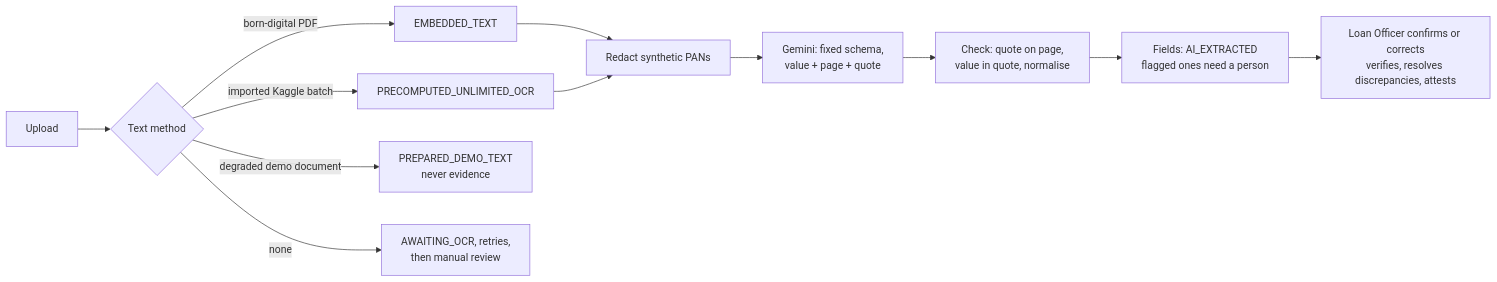
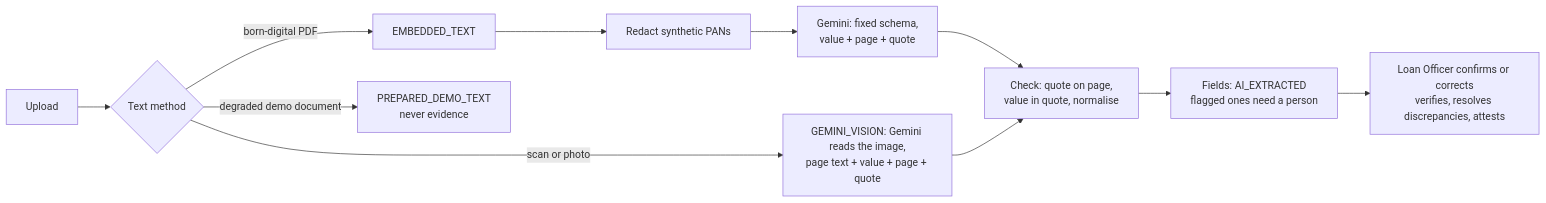
The third of 5 diagrams in docs/ARCHITECTURE.md (fbivinay/BOB-Agentic-Loan-Approval-Demo), drawn with Mermaid before and after one commit. The commit also changed other lines of this file and 23 other files, not shown here.

First line of the commit message:
Remove Kaggle and Unlimited-OCR: documents are read from the PDF text layer or by Gemini

````diff
--- a/docs/ARCHITECTURE.md
+++ b/docs/ARCHITECTURE.md
@@ -70,12 +68,11 @@
 ```mermaid
 flowchart LR
   U[Upload] --> T{Text method}
   T -->|born-digital PDF| E[EMBEDDED_TEXT]
-  T -->|imported Kaggle batch| P[PRECOMPUTED_UNLIMITED_OCR]
   T -->|degraded demo document| D[PREPARED_DEMO_TEXT<br/>never evidence]
-  T -->|none| W[AWAITING_OCR, retries,<br/>then manual review]
-  E & P --> R[Redact synthetic PANs] --> G[Gemini: fixed schema,<br/>value + page + quote]
-  G --> C[Check: quote on page,<br/>value in quote, normalise]
+  T -->|scan or photo| V[GEMINI_VISION: Gemini reads the image,<br/>page text + value + page + quote]
+  E --> R[Redact synthetic PANs] --> G[Gemini: fixed schema,<br/>value + page + quote]
+  G & V --> C[Check: quote on page,<br/>value in quote, normalise]
   C --> F[Fields: AI_EXTRACTED<br/>flagged ones need a person]
   F --> H[Loan Officer confirms or corrects<br/>verifies, resolves discrepancies, attests]
 ```
````
